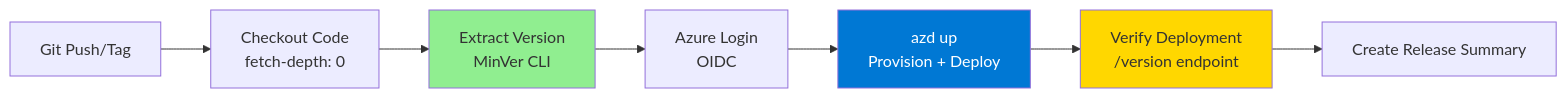
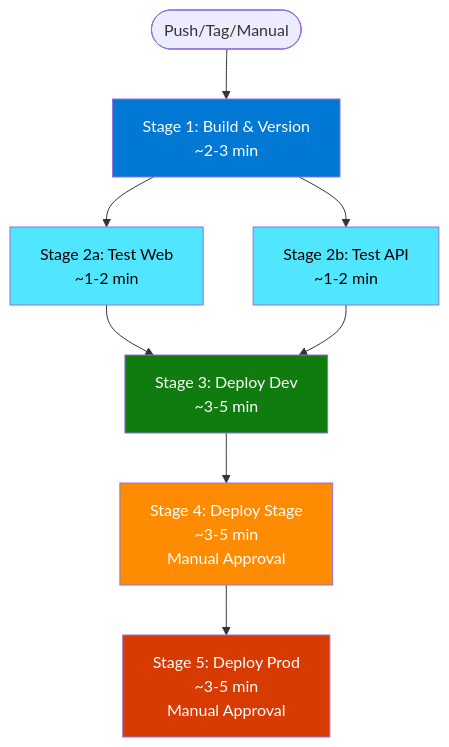
Before and after one commit to rbmathis/aspire1: the sixth of 8 diagrams in ARCHITECTURE.md, drawn with Mermaid. The commit also changed other lines of this file and 8 other files, not shown here.

First line of the commit message:
Implement multistage CI/CD pipeline with 3 environments (dev, stage, prod) (#22)

````diff
--- a/ARCHITECTURE.md
+++ b/ARCHITECTURE.md
@@ -310,13 +312,17 @@
 ```mermaid
-flowchart LR
-    Push[Git Push/Tag] --> Checkout[Checkout Code<br/>fetch-depth: 0]
-    Checkout --> Version[Extract Version<br/>MinVer CLI]
-    Version --> Login[Azure Login<br/>OIDC]
-    Login --> AZD[azd up<br/>Provision + Deploy]
-    AZD --> Verify[Verify Deployment<br/>/version endpoint]
-    Verify --> Summary[Create Release Summary]
-
-    style Version fill:#90EE90
-    style AZD fill:#0078d4,color:#fff
-    style Verify fill:#FFD700
+graph TB
+    Start([Push/Tag/Manual]) --> Build[Stage 1: Build & Version<br/>~2-3 min]
+    Build --> TestWeb[Stage 2a: Test Web<br/>~1-2 min]
+    Build --> TestAPI[Stage 2b: Test API<br/>~1-2 min]
+    TestWeb --> Dev[Stage 3: Deploy Dev<br/>~3-5 min]
+    TestAPI --> Dev
+    Dev --> Stage[Stage 4: Deploy Stage<br/>~3-5 min<br/>Manual Approval]
+    Stage --> Prod[Stage 5: Deploy Prod<br/>~3-5 min<br/>Manual Approval]
+    
+    style Build fill:#0078d4,color:#fff
+    style TestWeb fill:#50e6ff,color:#000
+    style TestAPI fill:#50e6ff,color:#000
+    style Dev fill:#107c10,color:#fff
+    style Stage fill:#ff8c00,color:#fff
+    style Prod fill:#d83b01,color:#fff
 ```
````
